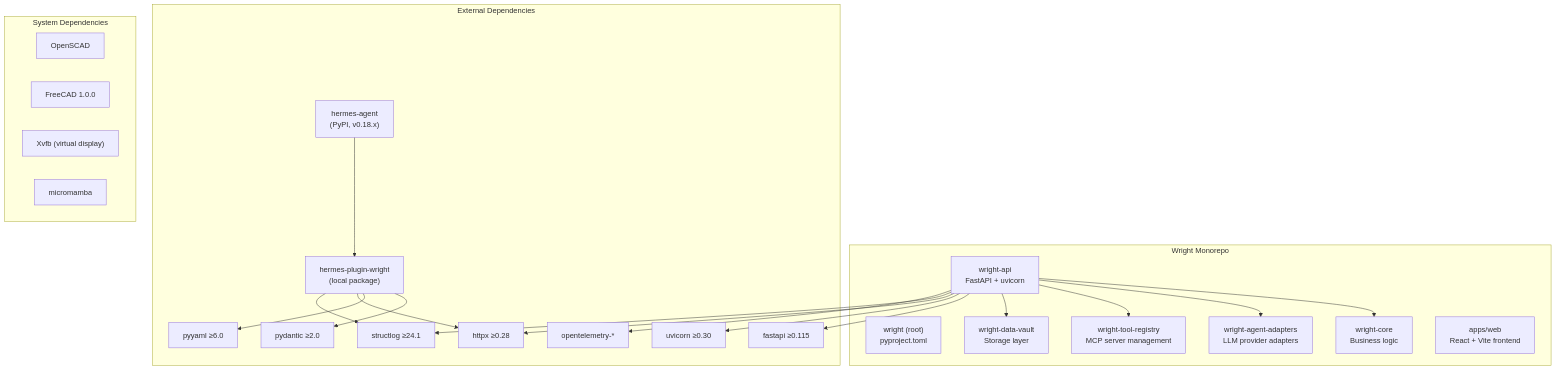
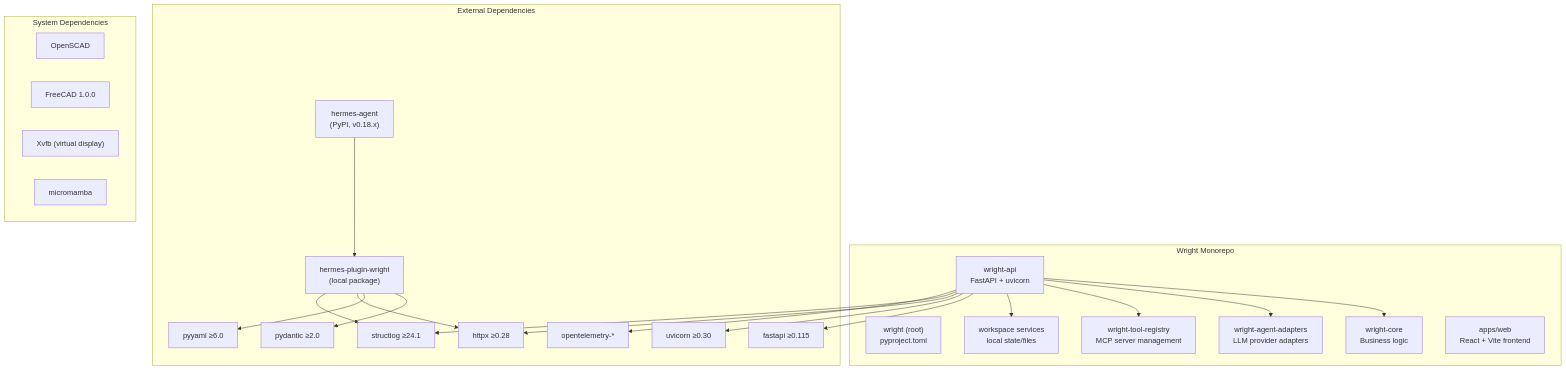
The eighth of 8 diagrams in docs/deployment-configurations.md (burhop/wright), drawn with Mermaid before and after one commit. The commit also changed other lines of this file and 20 other files, not shown here.

````diff
--- a/docs/deployment-configurations.md
+++ b/docs/deployment-configurations.md
@@ -625,48 +625,48 @@
 ```mermaid
 graph TB
     subgraph "Wright Monorepo"
         ROOT["wright (root)<br/>pyproject.toml"]
         API["wright-api<br/>FastAPI + uvicorn"]
         CORE["wright-core<br/>Business logic"]
         AA["wright-agent-adapters<br/>LLM provider adapters"]
         TR["wright-tool-registry<br/>MCP server management"]
-        DV["wright-data-vault<br/>Storage layer"]
+        WS["workspace services<br/>local state/files"]
         WEB["apps/web<br/>React + Vite frontend"]
 
         API --> CORE
         API --> AA
         API --> TR
-        API --> DV
+        API --> WS
     end
 
     subgraph "External Dependencies"
         HERMES["hermes-agent<br/>(PyPI, v0.18.x)"]
         PLUGIN["hermes-plugin-wright<br/>(local package)"]
         HERMES --> PLUGIN
 
         FASTAPI["fastapi ≥0.115"]
         UVICORN["uvicorn ≥0.30"]
         HTTPX["httpx ≥0.28"]
         STRUCT["structlog ≥24.1"]
         OTEL["opentelemetry-*"]
         PYDANTIC["pydantic ≥2.0"]
         PYYAML["pyyaml ≥6.0"]
 
         API --> FASTAPI
         API --> UVICORN
         API --> HTTPX
         API --> STRUCT
         API --> OTEL
         PLUGIN --> PYDANTIC
         PLUGIN --> PYYAML
         PLUGIN --> HTTPX
         PLUGIN --> STRUCT
     end
 
     subgraph "System Dependencies"
         OPENSCAD["OpenSCAD"]
         FREECAD["FreeCAD 1.0.0"]
         XVFB["Xvfb (virtual display)"]
         MICROMAMBA["micromamba"]
     end
 ```
````
